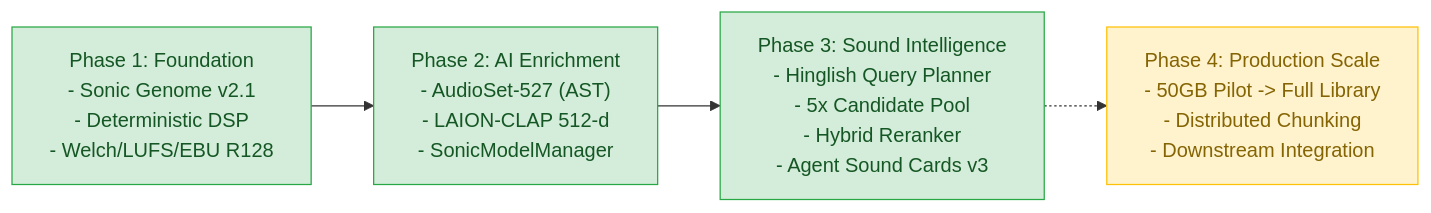
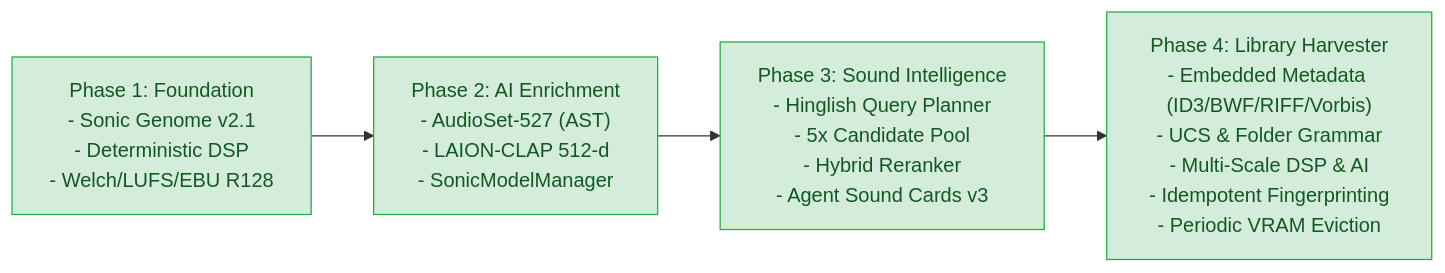
Before and after one commit to naksh-07/audiobook-maker: the first of 3 diagrams in docs/SOUND_BANK.md, drawn with Mermaid. The commit also changed other lines of this file and 22 other files, not shown here.

Commit message:
feat(sonic-harvest): implement library harvesting subsystem with embedded metadata preservation and VRAM management (ADR-040)

````diff
--- a/docs/SOUND_BANK.md
+++ b/docs/SOUND_BANK.md
@@ -19,13 +19,13 @@
 ```mermaid
 flowchart LR
     P1["Phase 1: Foundation\n- Sonic Genome v2.1\n- Deterministic DSP\n- Welch/LUFS/EBU R128"]
     P2["Phase 2: AI Enrichment\n- AudioSet-527 (AST)\n- LAION-CLAP 512-d\n- SonicModelManager"]
     P3["Phase 3: Sound Intelligence\n- Hinglish Query Planner\n- 5x Candidate Pool\n- Hybrid Reranker\n- Agent Sound Cards v3"]
-    P4["Phase 4: Production Scale\n- 50GB Pilot -> Full Library\n- Distributed Chunking\n- Downstream Integration"]
+    P4["Phase 4: Library Harvester\n- Embedded Metadata (ID3/BWF/RIFF/Vorbis)\n- UCS & Folder Grammar\n- Multi-Scale DSP & AI\n- Idempotent Fingerprinting\n- Periodic VRAM Eviction"]
 
-    P1 --> P2 --> P3 -.-> P4
+    P1 --> P2 --> P3 --> P4
     style P1 fill:#d4edda,stroke:#28a745,color:#155724
     style P2 fill:#d4edda,stroke:#28a745,color:#155724
     style P3 fill:#d4edda,stroke:#28a745,color:#155724
-    style P4 fill:#fff3cd,stroke:#ffc107,color:#856404
+    style P4 fill:#d4edda,stroke:#28a745,color:#155724
 ```
````
